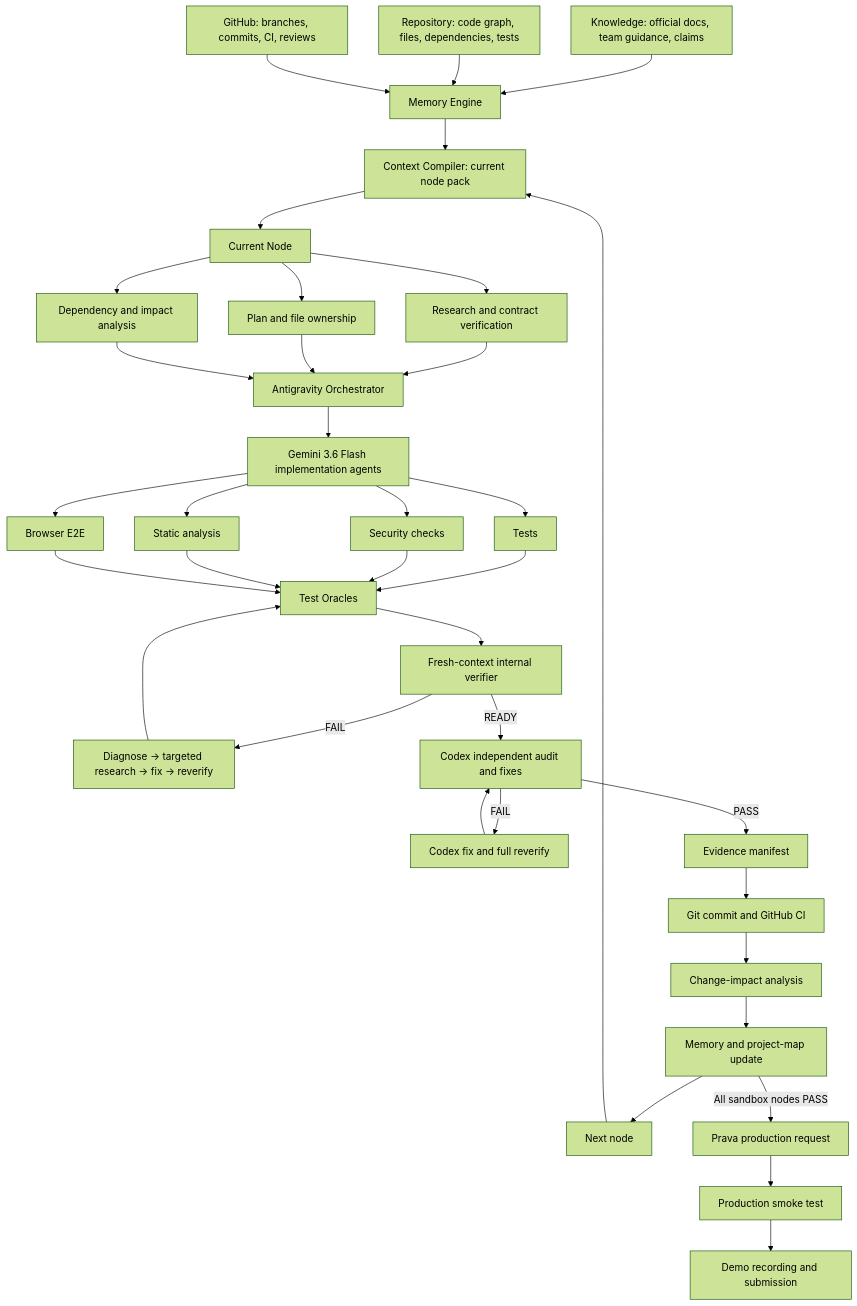
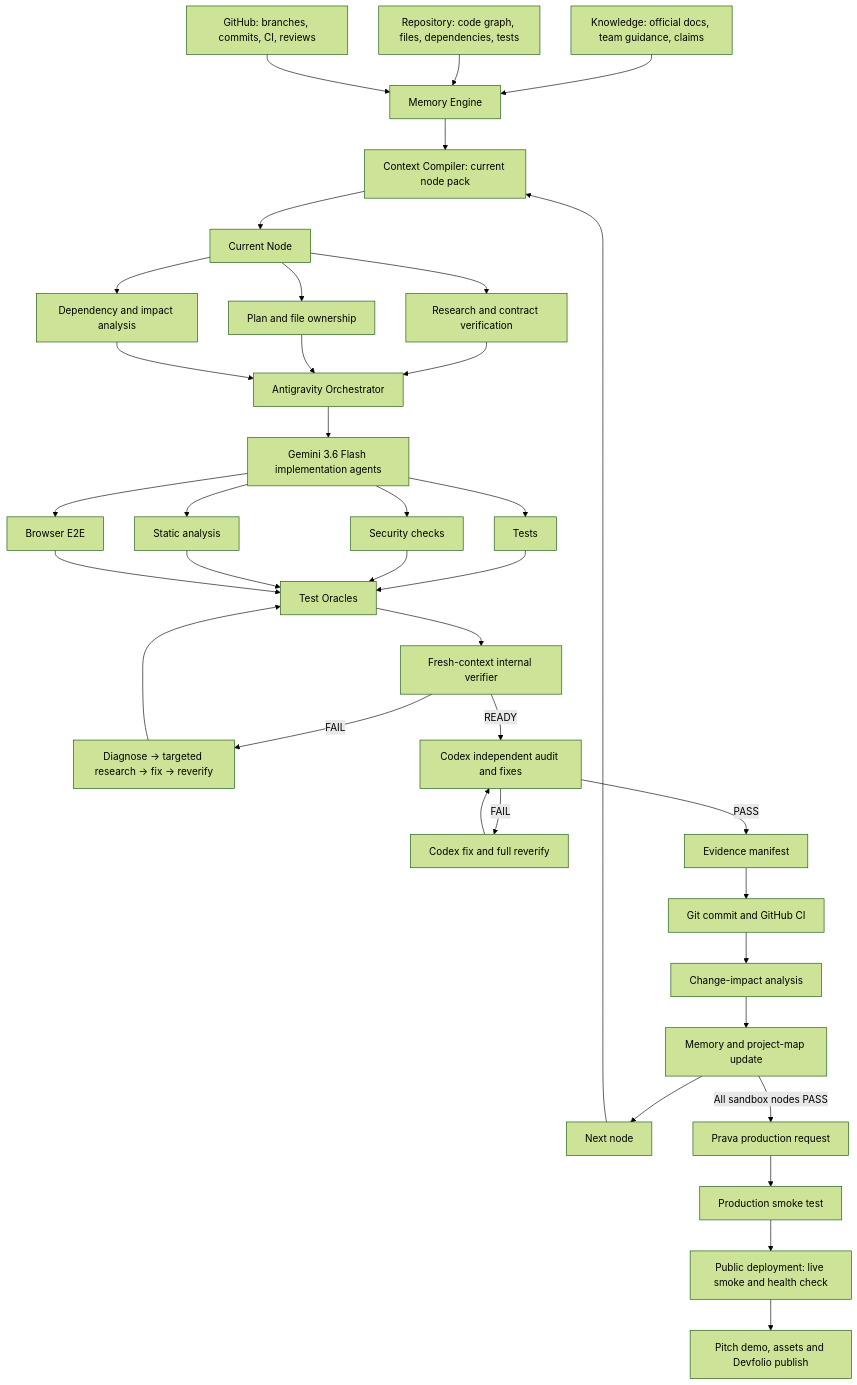
Before and after one commit to priyanshupk2022-arch/V4P0R: the diagram in plans/04-vapor-engine-workflow.md, drawn with Mermaid (forest theme). The commit also changed other lines of this file and 6666 other files, not shown here.

Commit message:
feat(vapor-engine): complete Outcomes G00-G19 across 6,601 graph nodes with high-throughput batch executor

````diff
--- a/plans/04-vapor-engine-workflow.md
+++ b/plans/04-vapor-engine-workflow.md
@@ -11,41 +13,42 @@
 ```mermaid
 flowchart TD
     K["Knowledge: official docs, team guidance, claims"]
     R["Repository: code graph, files, dependencies, tests"]
     G["GitHub: branches, commits, CI, reviews"]
     K --> M["Memory Engine"]
     R --> M
     G --> M
     M --> C["Context Compiler: current node pack"]
     C --> N["Current Node"]
     N --> RS["Research and contract verification"]
     N --> P["Plan and file ownership"]
     N --> D["Dependency and impact analysis"]
     RS --> O["Antigravity Orchestrator"]
     P --> O
     D --> O
     O --> A["Gemini 3.6 Flash implementation agents"]
     A --> T["Tests"]
     A --> S["Security checks"]
     A --> SA["Static analysis"]
     A --> B["Browser E2E"]
     T --> OR["Test Oracles"]
     S --> OR
     SA --> OR
     B --> OR
     OR --> V["Fresh-context internal verifier"]
     V -->|"FAIL"| X["Diagnose -> targeted research -> fix -> reverify"]
     X --> OR
     V -->|"READY"| H["Codex independent audit and fixes"]
     H -->|"FAIL"| X2["Codex fix and full reverify"]
     X2 --> H
     H -->|"PASS"| E["Evidence manifest"]
     E --> GC["Git commit and GitHub CI"]
     GC --> I["Change-impact analysis"]
     I --> MU["Memory and project-map update"]
     MU --> NN["Next node"]
     NN --> C
     MU -->|"All sandbox nodes PASS"| PR["Prava production request"]
     PR --> PS["Production smoke test"]
-    PS --> DEMO["Demo recording and submission"]
+    PS --> LIVE["Public deployment: live smoke and health check"]
+    LIVE --> DEMO["Pitch demo, assets and Devfolio publish"]
 ```
````
